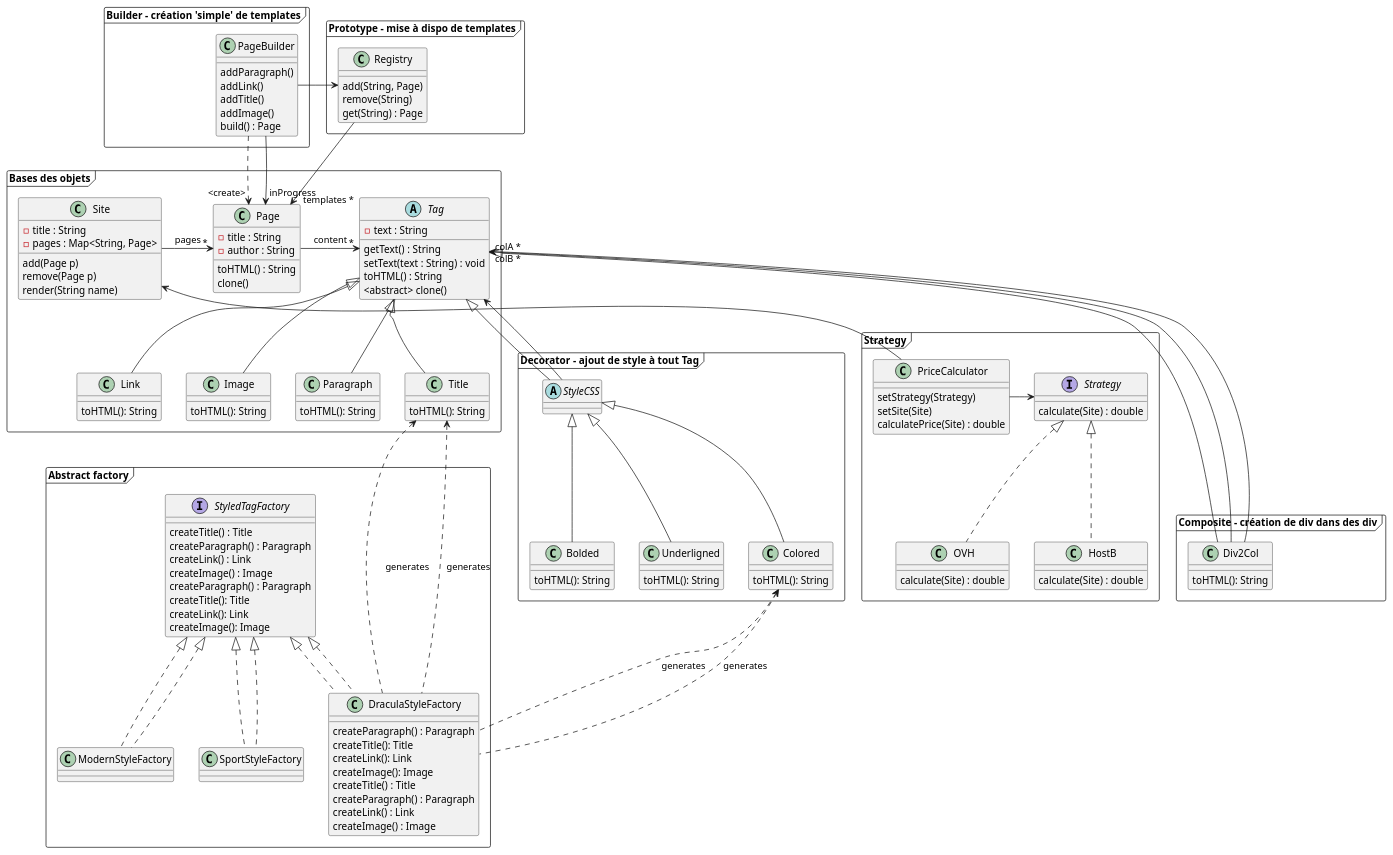
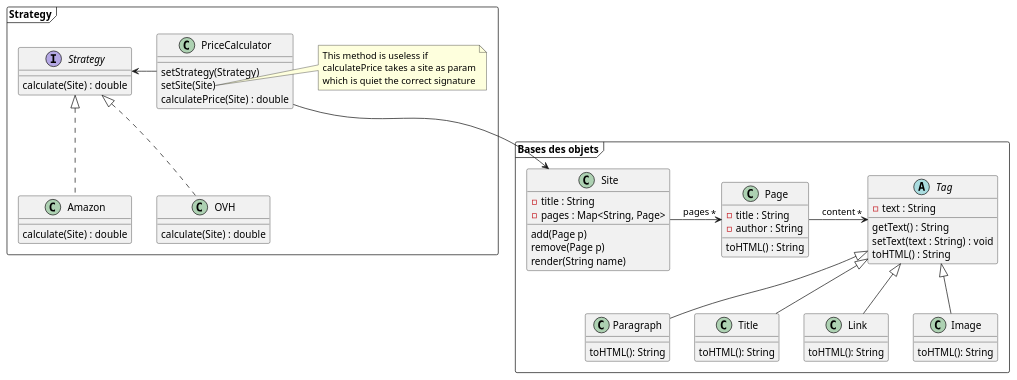
One commit to florentBourgeois/ENSISA2022_CMS changed the diagram in Documentation/strategy.puml. Above: the diagram before and after it, drawn with PlantUML.

Commit message:
strip other packages from strategy uml

```diff
--- a/Documentation/strategy.puml
+++ b/Documentation/strategy.puml
@@ -1,170 +1,74 @@
 @startuml
 'https://plantuml.com/class-diagram
 
 
 package "Bases des objets" <<Frame>> {
 
     class Page {
         -title : String
         -author : String
         toHTML() : String
     }
 
     abstract class Tag {
         - text : String
         getText() : String
         setText(text : String) : void
         toHTML() : String
     }
 
     Tag <|-- Paragraph
     Tag <|-- Title
     Tag <|-- Link
     Tag <|-- Image
 
     Page -> "*" Tag : content
     Site -> "*" Page : pages
 
     class Site {
         -title : String
         -pages : Map<String, Page>
         add(Page p)
         remove(Page p)
         render(String name)
     }
 
     Image : toHTML(): String
     Link : toHTML(): String
     Title : toHTML(): String
     Paragraph : toHTML(): String
 
 }
 
-package "Composite - création de div dans des div" <<Frame>> {
-
-    class Div2Col {
-
-    }
-
-    Tag <|--- Div2Col
-    Tag "colA *" <-- Div2Col
-    Tag "colB *" <-- Div2Col
-
-    Div2Col : toHTML(): String
-
-}
-
-package "Decorator - ajout de style à tout Tag" <<Frame>> {
-
-    abstract class StyleCSS
-    Tag <|-- StyleCSS
-    Tag <-- StyleCSS
-
-    StyleCSS <|-- Colored
-    StyleCSS <|-- Bolded
-    StyleCSS <|-- Underligned
-
-    Underligned : toHTML(): String
-    Bolded : toHTML(): String
-    Colored : toHTML(): String
-
-}
-
-
-package "Prototype - mise à dispo de templates" <<Frame>> {
-    Page : clone()
-
-    Registry --> "templates *" Page
-    class Registry {
-        add(String, Page)
-        remove(String)
-        get(String) : Page
-    }
-
-    Tag : <abstract> clone()
-}
-
-package "Builder - création 'simple' de templates" <<Frame>> {
-      class PageBuilder {
-        addParagraph()
-        addLink()
-        addTitle()
-        addImage()
-        build() : Page
-      }
-
-      PageBuilder ..> "<create>" Page
-      PageBuilder -> Registry
-      PageBuilder -> "inProgress" Page
-}
-
-
-package "Abstract factory" <<Frame>> {
-    abstract class StyledTagFactory {
-        createTitle() : Title
-        createParagraph() : Paragraph
-        createLink() : Link
-        createImage() : Image
-    }
-
-    StyledTagFactory <|.. DraculaStyleFactory
-    StyledTagFactory <|.. ModernStyleFactory
-    StyledTagFactory <|.. SportStyleFactory
-
-    interface StyledTagFactory {
-        createParagraph() : Paragraph
-        createTitle(): Title
-        createLink(): Link
-        createImage(): Image
-    }
-
-    StyledTagFactory <|.. DraculaStyleFactory
-    StyledTagFactory <|.. ModernStyleFactory
-    StyledTagFactory <|.. SportStyleFactory
-
-    class DraculaStyleFactory {
-    createParagraph() : Paragraph
-            createTitle(): Title
-            createLink(): Link
-            createImage(): Image
-    }
-
-
-     Colored <.. DraculaStyleFactory : "generates"
-     Title <.. DraculaStyleFactory : "generates"
-
-    class DraculaStyleFactory {
-        createTitle() : Title
-        createParagraph() : Paragraph
-        createLink() : Link
-        createImage() : Image
-    }
-
-    Colored <.. DraculaStyleFactory : "generates"
-    Title <.. DraculaStyleFactory : "generates"
-}
 
 package "Strategy" <<frame>> {
     class PriceCalculator {
         setStrategy(Strategy)
         setSite(Site)
         calculatePrice(Site) : double
     }
+    note right of PriceCalculator::setSite
+      This method is useless if
+      calculatePrice takes a site as param
+      which is quiet the correct signature
+    end note
 
     interface Strategy {
         calculate(Site) : double
     }
 
     class OVH {
         calculate(Site) : double
     }
 
-    class HostB {
+    class Amazon {
             calculate(Site) : double
         }
     PriceCalculator -> Strategy
     Strategy <|.. OVH
-    Strategy <|.. HostB
-    Site <-- PriceCalculator
+    Strategy <|.. Amazon
+
+    PriceCalculator --> Site
+
 }
 @enduml
```
